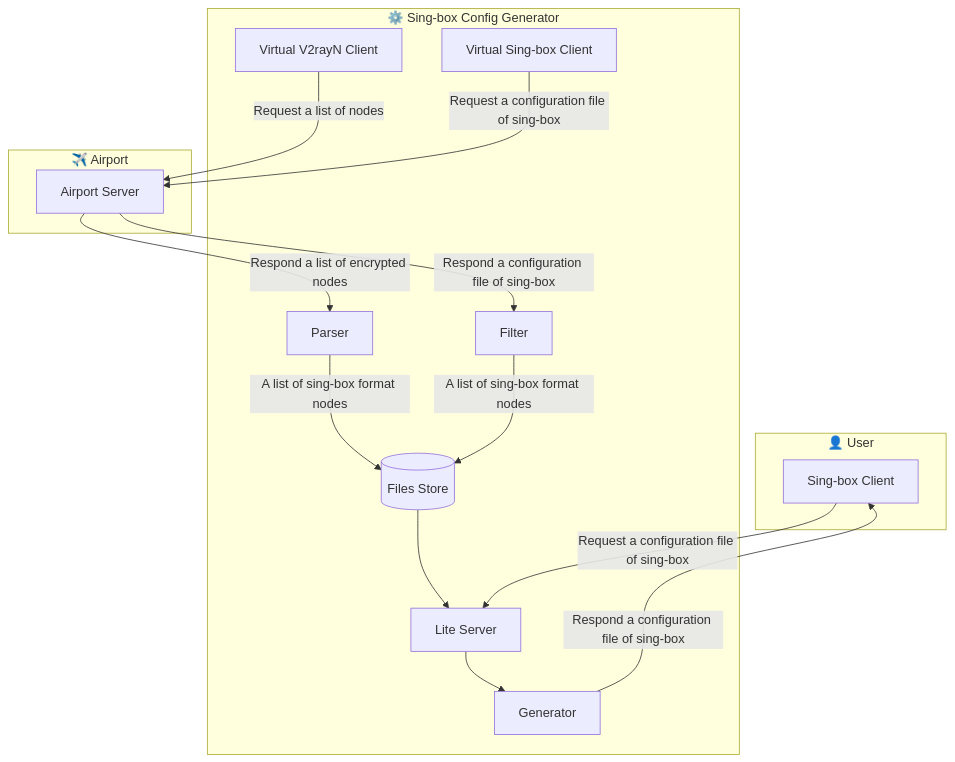
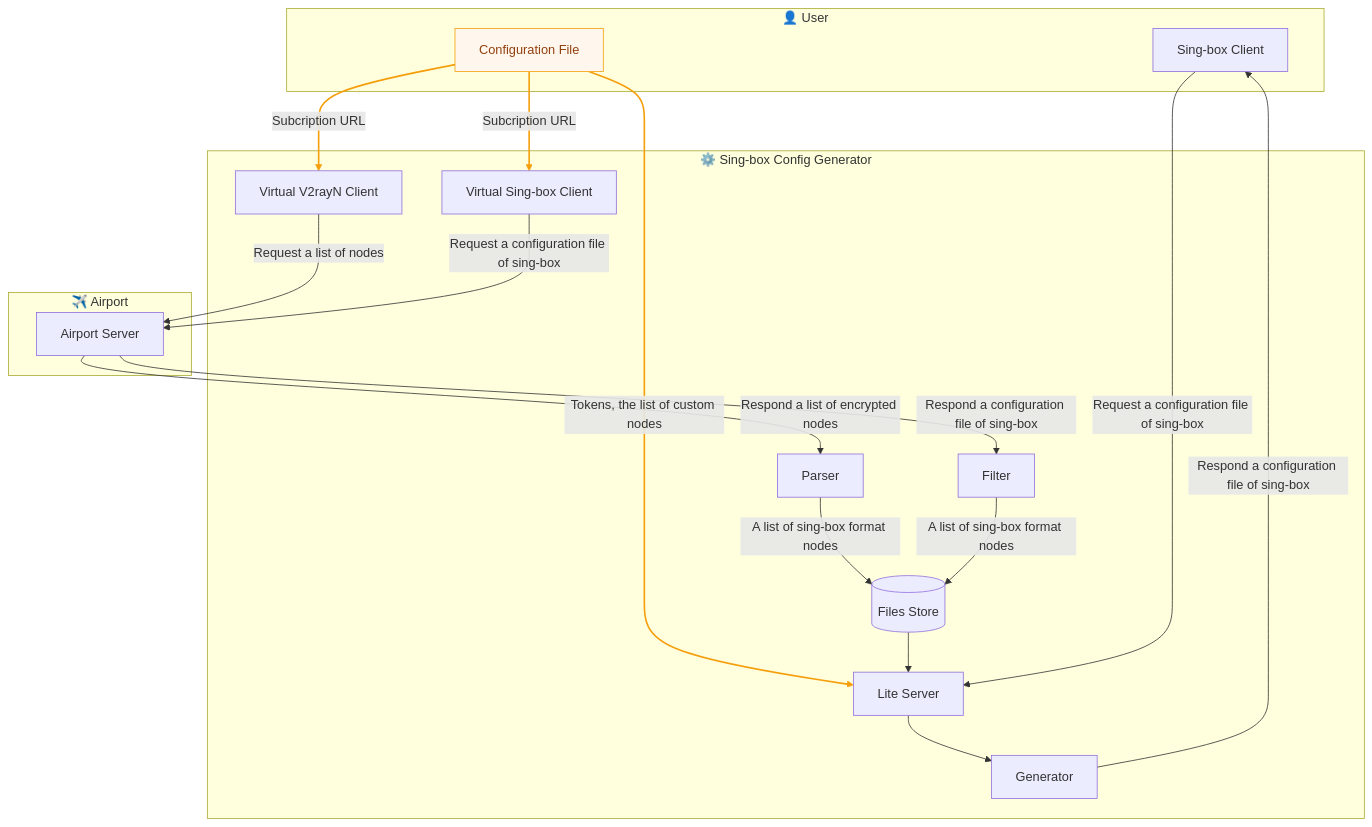
The diagram in README.md (JJ-Jacko/sb_cfg_gen), drawn with Mermaid before and after one commit. The commit also changed 2 other files, not shown here.

Commit message:
feat(README.Structure): Configuration file.

````diff
--- a/README.md
+++ b/README.md
@@ -44,34 +44,43 @@
 ```mermaid
 flowchart
     subgraph User["👤 User"]
         sb_client["Sing-box Client"]
+        configuration["Configuration File"]
     end
 
     subgraph System["⚙️ Sing-box Config Generator"]
         virtual_v2rayn_client["Virtual V2rayN Client"]
         virtual_sb_client["Virtual Sing-box Client"]
         parser["Parser"]
         filter["Filter"]
         store[(Files Store)]
         lite_server["Lite Server"]
         generator["Generator"]
     end
 
     subgraph Airport["✈️ Airport"]
         airport_server["Airport Server"]
     end
 
+    configuration -->|Tokens, the list of custom nodes| lite_server
+    configuration -->|Subcription URL| virtual_v2rayn_client
+    configuration -->|Subcription URL| virtual_sb_client
+
     virtual_v2rayn_client -->|Request a list of nodes| airport_server
     virtual_sb_client -->|Request a configuration file of sing-box| airport_server
 
     airport_server -->|Respond a list of encrypted nodes| parser
     airport_server -->|Respond a configuration file of sing-box| filter
 
     parser -->|A list of sing-box format nodes| store
     filter -->|A list of sing-box format nodes| store
 
     store --> lite_server
     sb_client -->|Request a configuration file of sing-box| lite_server
     lite_server --> generator
     generator -->|Respond a configuration file of sing-box| sb_client
+
+    classDef orange fill:#FFF7ED,stroke:#F59E0B,color:#92400E;
+    class configuration orange;
+    linkStyle 0,1,2 stroke:#F59E0B,stroke-width:2px
 ```
````
